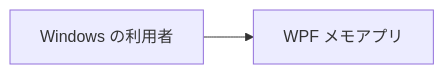
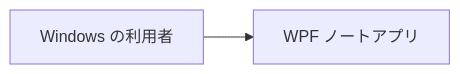
One commit to nuitsjp/aidd-project-template changed the first of 2 diagrams in wpf-template/reference/docs/architecture.md. Above: the diagram before and after it, drawn with Mermaid. The commit also changed other lines of this file and 135 other files, not shown here.

First line of the commit message:
Refine WPF architecture and unify parallel verification

````diff
--- a/wpf-template/reference/docs/architecture.md
+++ b/wpf-template/reference/docs/architecture.md
@@ -7,4 +7,4 @@
 ```mermaid
 flowchart LR
-  user[Windows の利用者] --> app[WPF メモアプリ]
+  user[Windows の利用者] --> app[WPF ノートアプリ]
 ```
````
